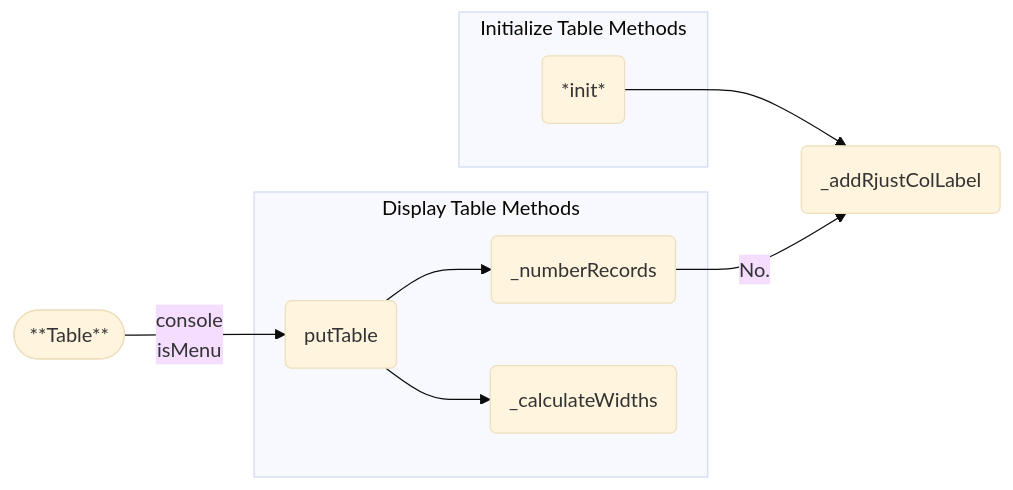
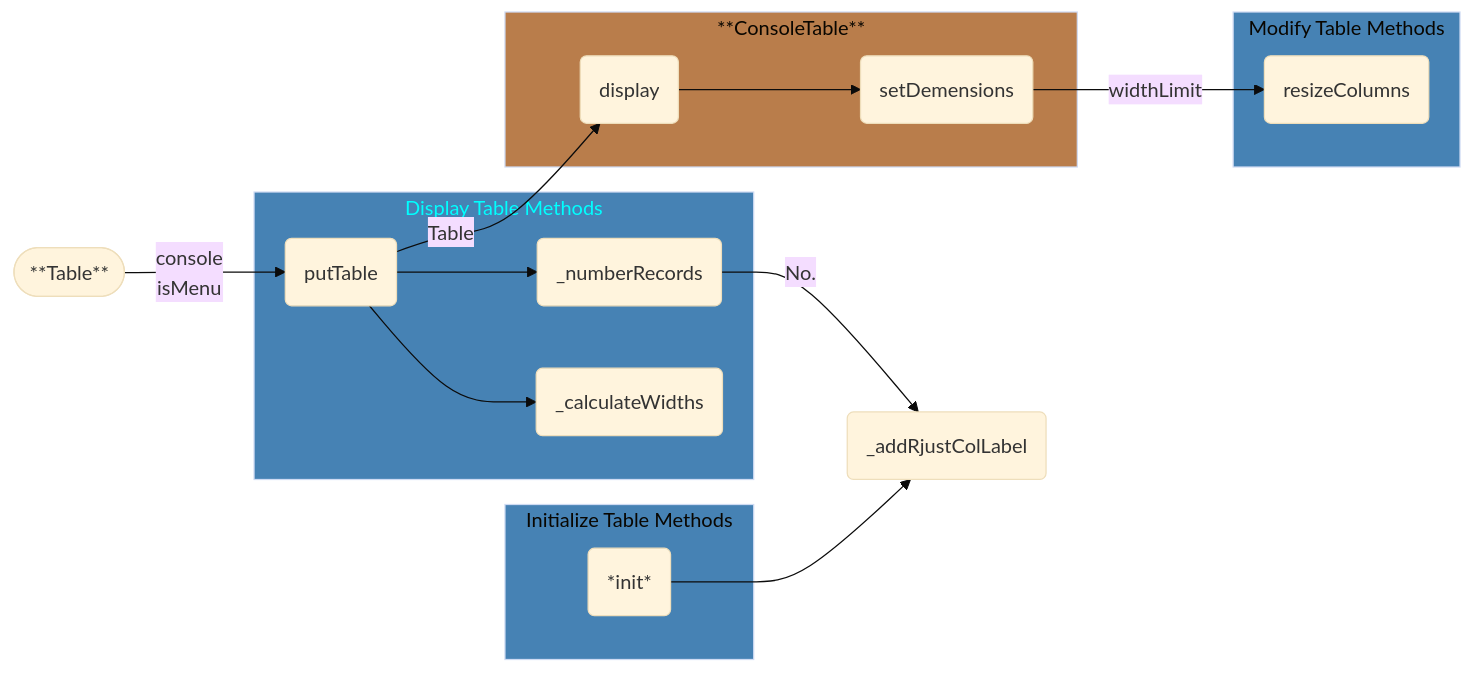
One commit to 7s4e/p3 changed diagram 16 of 20 in scripts/table/design.md. Above: the diagram before and after it, drawn with Mermaid (base theme). The commit also changed other lines of this file and 1 other file, not shown here.

Commit message:
test resizeColumns

````diff
--- a/scripts/table/design.md
+++ b/scripts/table/design.md
@@ -499,19 +517,34 @@
 ```mermaid
 graph LR
+    
     TABL([**Table**])
         TABL -- console
                 isMenu  --> PTBL
     subgraph i [Initialize Table Methods]
+        style i fill:#4682b4
         INIT(*init*)
     end
     subgraph d [Display Table Methods]
+        style d fill:#4682b4,color:#0ff
         PTBL(putTable)
             PTBL --> NUMR
             PTBL --> CALW
         NUMR(_numberRecords)
         CALW(_calculateWidths)
     end
+    subgraph C [**ConsoleTable**]
+        style C fill:#b97d4b
+        DPLY(display)
+            PTBL -- Table --> DPLY
+            DPLY --> SDMN
+        SDMN(setDemensions)
+    end
+    subgraph m [Modify Table Methods]
+        style m fill:#4682b4
+        RSZC(resizeColumns)
+            SDMN -- widthLimit --> RSZC
+    end
     ARJC(_addRjustColLabel)
         INIT        --> ARJC
         NUMR -- No. --> ARJC
 ```
````
